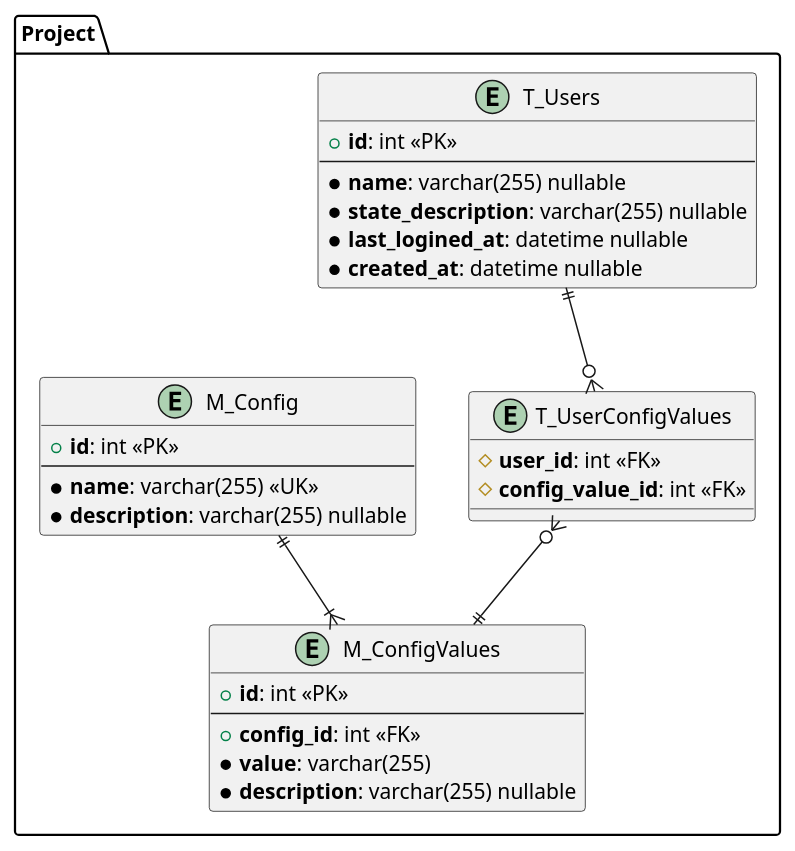
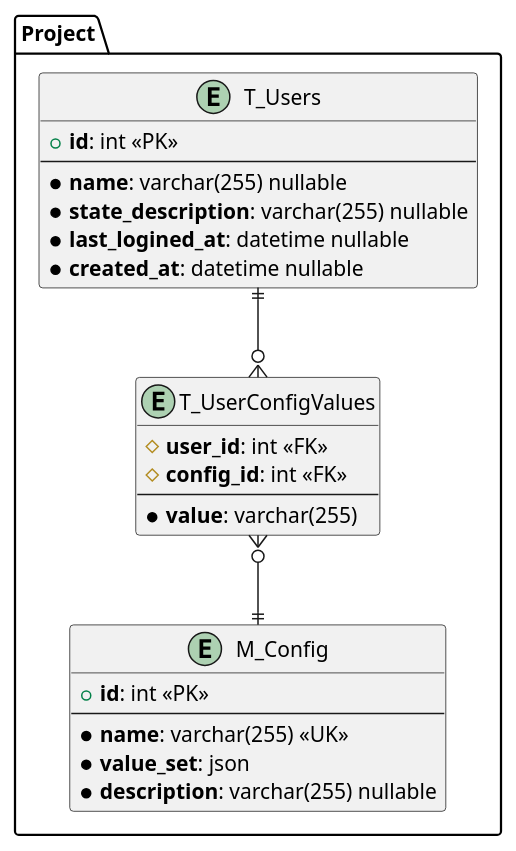
One commit to fox4foofighter/mf2d changed the diagram in Documents/ER.puml. Above: the diagram before and after it, drawn with PlantUML. The commit also changed 7 other files, not shown here.

```diff
--- a/Documents/ER.puml
+++ b/Documents/ER.puml
@@ -1,39 +1,33 @@
-@startuml
+@startuml ER
 
 package Project {
    entity T_Users {
       + **id**: int <<PK>>
       ---
       * **name**: varchar(255) nullable
       * **state_description**: varchar(255) nullable
       * **last_logined_at**: datetime nullable
       * **created_at**: datetime nullable
    }
 
    entity M_Config {
       + **id**: int <<PK>>
       ---
       * **name**: varchar(255) <<UK>>
-      * **description**: varchar(255) nullable
-   }
-
-   entity M_ConfigValues {
-      + **id**: int <<PK>>
-      ---
-      + **config_id**: int <<FK>>
-      * **value**: varchar(255)
+      * **value_set**: json
       * **description**: varchar(255) nullable
    }
 
    entity T_UserConfigValues {
       # **user_id**: int <<FK>>
-      # **config_value_id**: int <<FK>>
+      # **config_id**: int <<FK>>
+      ---
+      * **value**: varchar(255)
    }
 }
 
 
 T_Users ||--o{ T_UserConfigValues
-T_UserConfigValues }o--|| M_ConfigValues
-M_Config ||--|{ M_ConfigValues
+T_UserConfigValues }o--|| M_Config
 
 @enduml
```
